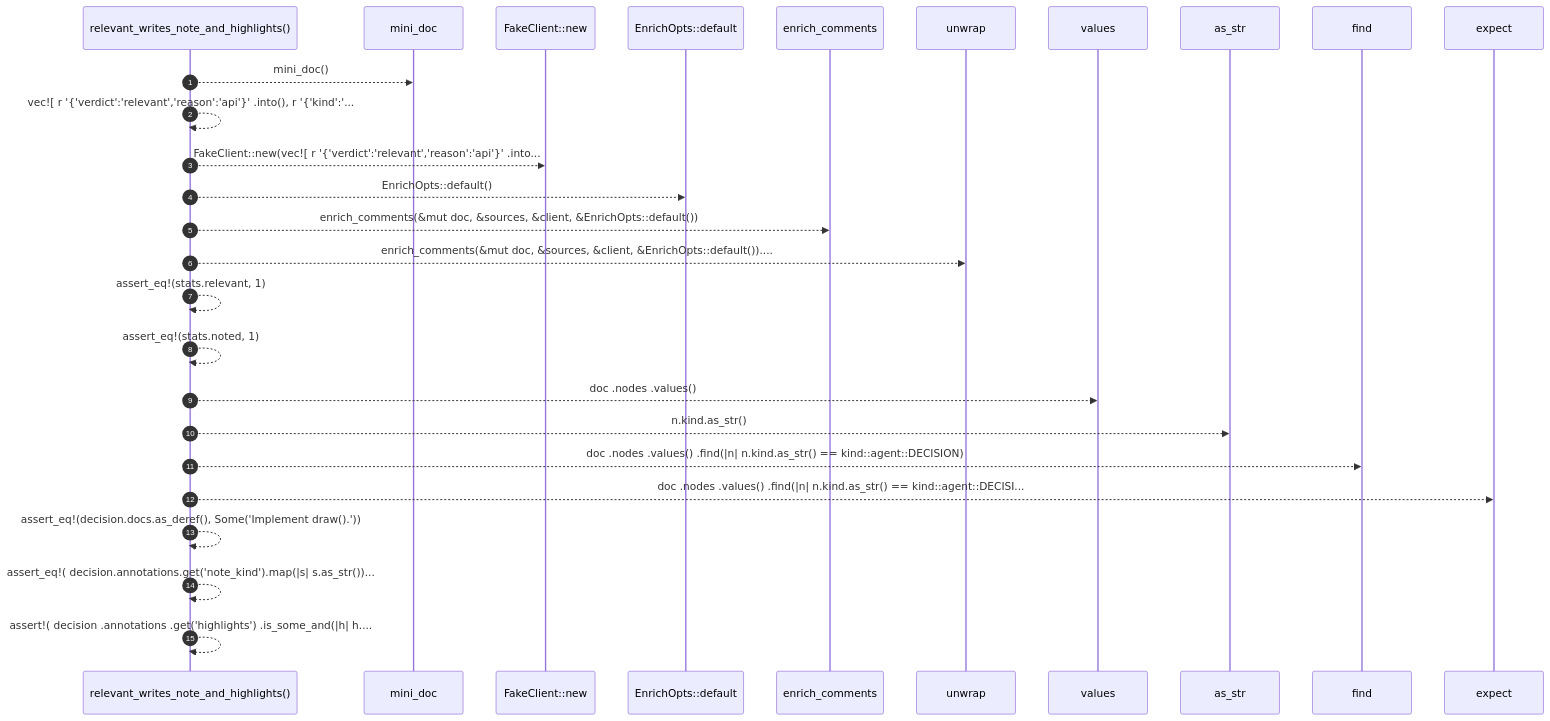
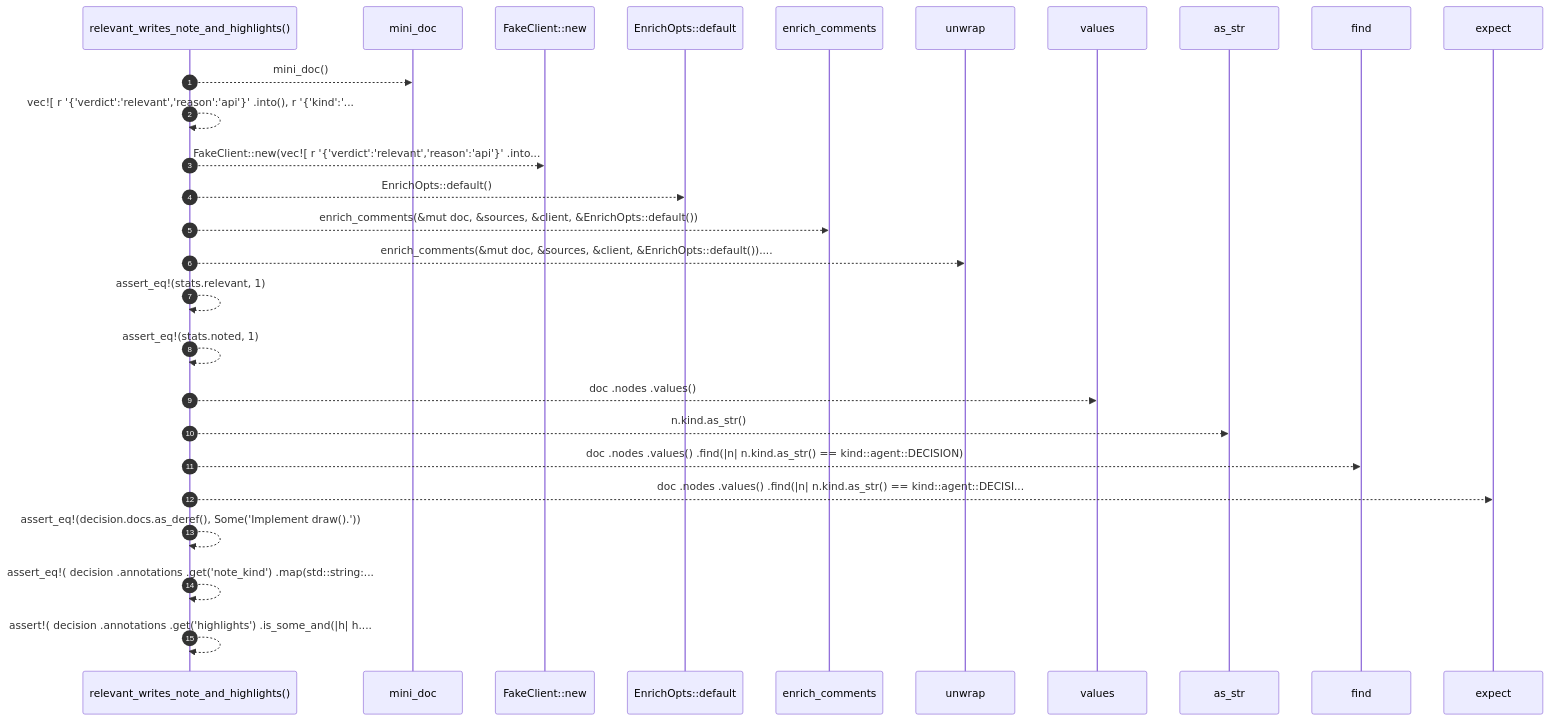
Before and after one commit to RyanGuild/self-describing-code: the diagram in docs/self-model/robby_agent/enrich/tests/relevant-writes-note-and-highlights.md, drawn with Mermaid. The commit also changed other lines of this file and 747 other files, not shown here.

````diff
--- a/docs/self-model/robby_agent/enrich/tests/relevant-writes-note-and-highlights.md
+++ b/docs/self-model/robby_agent/enrich/tests/relevant-writes-note-and-highlights.md
@@ -42,29 +45,29 @@
 ```mermaid
 sequenceDiagram
     autonumber
     participant relevant_writes_note_and_highlights as relevant_writes_note_and_highlights()
     participant mini_doc as mini_doc
     participant FakeClient__new as FakeClient::new
     participant EnrichOpts__default as EnrichOpts::default
     participant enrich_comments as enrich_comments
     participant unwrap as unwrap
     participant values as values
     participant as_str as as_str
     participant find as find
     participant expect as expect
     relevant_writes_note_and_highlights-->>mini_doc: mini_doc()
     relevant_writes_note_and_highlights-->>relevant_writes_note_and_highlights: vec![ r '{'verdict':'relevant','reason':'api'}' .into(), r '{'kind':'...
     relevant_writes_note_and_highlights-->>FakeClient__new: FakeClient::new(vec![ r '{'verdict':'relevant','reason':'api'}' .into...
     relevant_writes_note_and_highlights-->>EnrichOpts__default: EnrichOpts::default()
     relevant_writes_note_and_highlights-->>enrich_comments: enrich_comments(&mut doc, &sources, &client, &EnrichOpts::default())
     relevant_writes_note_and_highlights-->>unwrap: enrich_comments(&mut doc, &sources, &client, &EnrichOpts::default())....
     relevant_writes_note_and_highlights-->>relevant_writes_note_and_highlights: assert_eq!(stats.relevant, 1)
     relevant_writes_note_and_highlights-->>relevant_writes_note_and_highlights: assert_eq!(stats.noted, 1)
     relevant_writes_note_and_highlights-->>values: doc .nodes .values()
     relevant_writes_note_and_highlights-->>as_str: n.kind.as_str()
     relevant_writes_note_and_highlights-->>find: doc .nodes .values() .find(|n| n.kind.as_str() == kind::agent::DECISION)
     relevant_writes_note_and_highlights-->>expect: doc .nodes .values() .find(|n| n.kind.as_str() == kind::agent::DECISI...
     relevant_writes_note_and_highlights-->>relevant_writes_note_and_highlights: assert_eq!(decision.docs.as_deref(), Some('Implement draw().'))
-    relevant_writes_note_and_highlights-->>relevant_writes_note_and_highlights: assert_eq!( decision.annotations.get('note_kind').map(|s| s.as_str())...
+    relevant_writes_note_and_highlights-->>relevant_writes_note_and_highlights: assert_eq!( decision .annotations .get('note_kind') .map(std::string:...
     relevant_writes_note_and_highlights-->>relevant_writes_note_and_highlights: assert!( decision .annotations .get('highlights') .is_some_and(|h| h....
 ```
````
